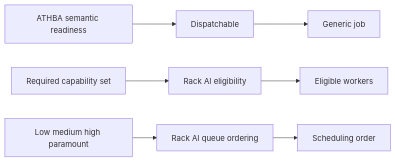
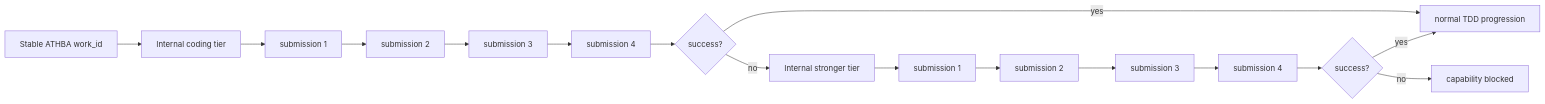
The seventh of 9 diagrams in docs/pr23_worker_routing_state_machines.md (Tommyboyjedi/ATHBA), drawn with Mermaid before and after one commit. The commit also changed other lines of this file, not shown here.

````diff
--- a/docs/pr23_worker_routing_state_machines.md
+++ b/docs/pr23_worker_routing_state_machines.md
@@ -205,9 +153,18 @@
 ```mermaid
 flowchart LR
-    A[ATHBA semantic readiness] --> D[Dispatchable]
-    B[Required capability set] --> E[Rack AI eligibility]
-    C[Low medium high paramount] --> F[Rack AI queue ordering]
-    D --> G[Generic job]
-    E --> H[Eligible workers]
-    F --> I[Scheduling order]
+    W[Stable ATHBA work_id] --> T1[Internal coding tier]
+    T1 --> A1[submission 1]
+    A1 --> A2[submission 2]
+    A2 --> A3[submission 3]
+    A3 --> A4[submission 4]
+    A4 --> X{success?}
+    X -->|yes| Done[normal TDD progression]
+    X -->|no| T2[Internal stronger tier]
+    T2 --> B1[submission 1]
+    B1 --> B2[submission 2]
+    B2 --> B3[submission 3]
+    B3 --> B4[submission 4]
+    B4 --> Y{success?}
+    Y -->|yes| Done
+    Y -->|no| Block[capability blocked]
 ```
````
